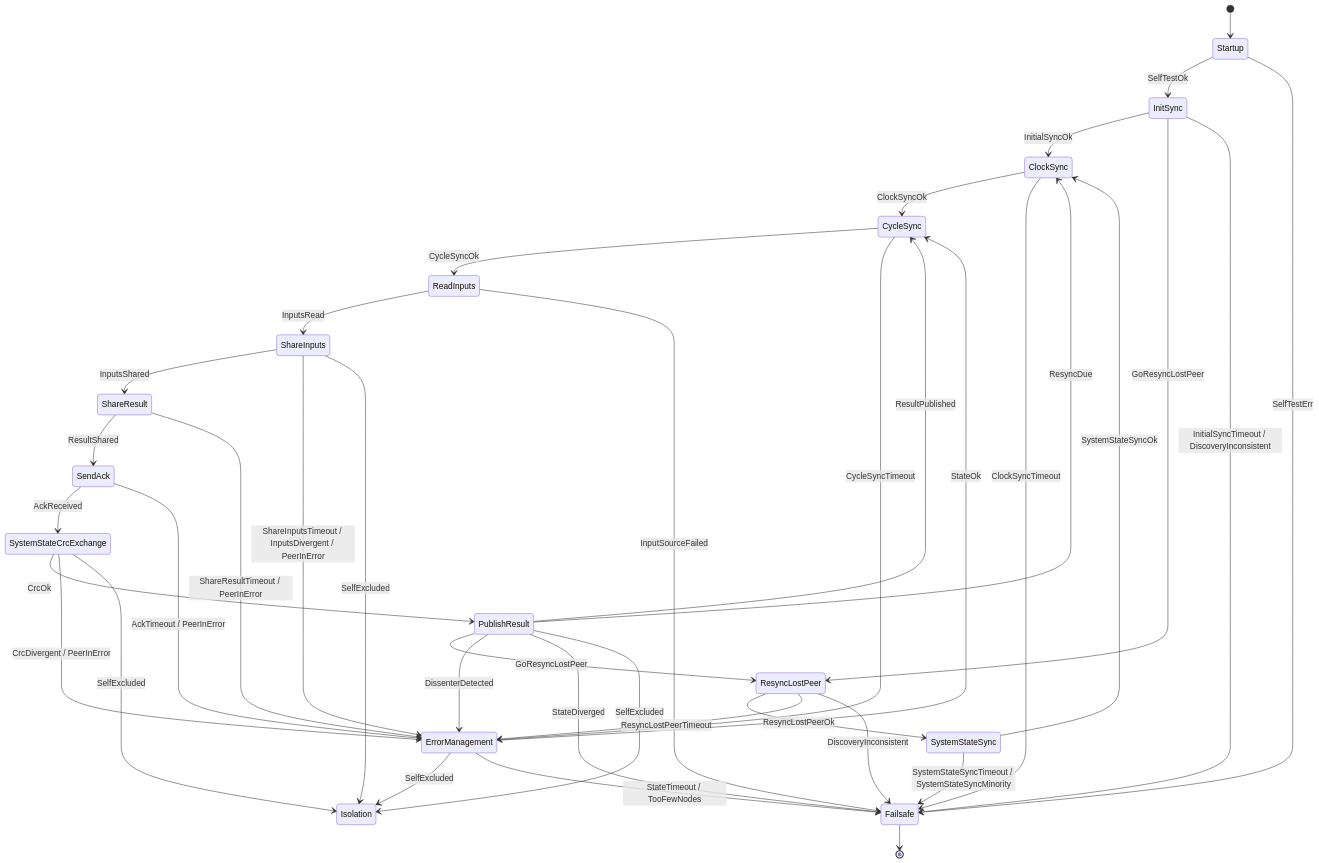
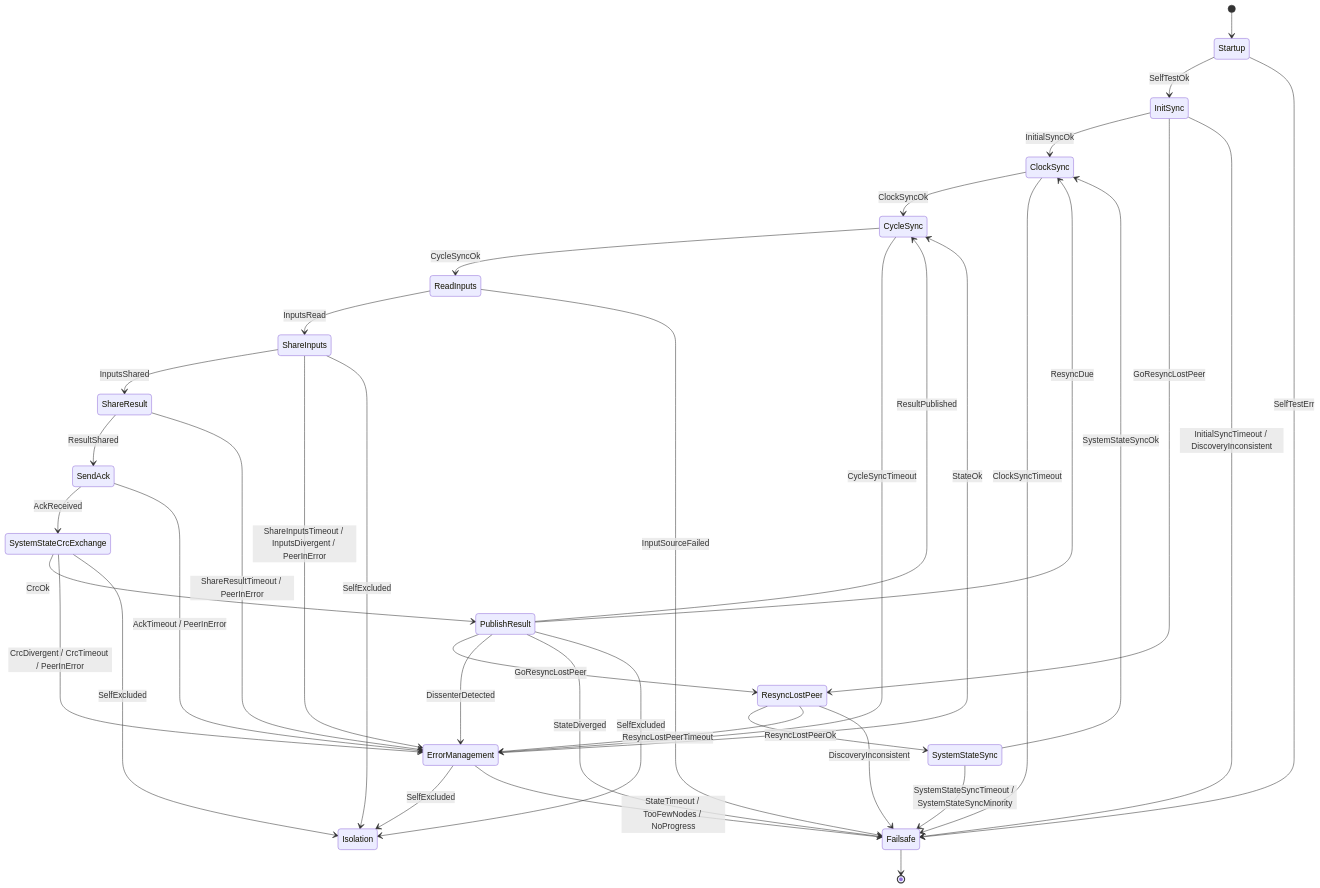
Before and after one commit to MooN-Framework/MooN-rust-framework: the diagram in README.md, drawn with Mermaid. The commit also changed other lines of this file and 7 other files, not shown here.

````diff
--- a/README.md
+++ b/README.md
@@ -89,53 +89,53 @@
 ```mermaid
 stateDiagram-v2
     [*] --> Startup
     Startup --> InitSync : SelfTestOk
     Startup --> Failsafe : SelfTestErr
 
     InitSync --> ClockSync : InitialSyncOk
     InitSync --> ResyncLostPeer : GoResyncLostPeer
     InitSync --> Failsafe : InitialSyncTimeout / DiscoveryInconsistent
 
     ClockSync --> CycleSync : ClockSyncOk
     ClockSync --> Failsafe : ClockSyncTimeout
 
     CycleSync --> ReadInputs : CycleSyncOk
     CycleSync --> ErrorManagement : CycleSyncTimeout
 
     ReadInputs --> ShareInputs : InputsRead
     ReadInputs --> Failsafe : InputSourceFailed
 
     ShareInputs --> ShareResult : InputsShared
     ShareInputs --> ErrorManagement : ShareInputsTimeout / InputsDivergent / PeerInError
     ShareInputs --> Isolation : SelfExcluded
 
     ShareResult --> SendAck : ResultShared
     ShareResult --> ErrorManagement : ShareResultTimeout / PeerInError
 
     SendAck --> SystemStateCrcExchange : AckReceived
     SendAck --> ErrorManagement : AckTimeout / PeerInError
 
     SystemStateCrcExchange --> PublishResult : CrcOk
-    SystemStateCrcExchange --> ErrorManagement : CrcDivergent / PeerInError
+    SystemStateCrcExchange --> ErrorManagement : CrcDivergent / CrcTimeout / PeerInError
     SystemStateCrcExchange --> Isolation : SelfExcluded
 
     PublishResult --> CycleSync : ResultPublished
     PublishResult --> ClockSync : ResyncDue
     PublishResult --> ResyncLostPeer : GoResyncLostPeer
     PublishResult --> ErrorManagement : DissenterDetected
     PublishResult --> Failsafe : StateDiverged
     PublishResult --> Isolation : SelfExcluded
 
     ResyncLostPeer --> SystemStateSync : ResyncLostPeerOk
     ResyncLostPeer --> ErrorManagement : ResyncLostPeerTimeout
     ResyncLostPeer --> Failsafe : DiscoveryInconsistent
 
     SystemStateSync --> ClockSync : SystemStateSyncOk
     SystemStateSync --> Failsafe : SystemStateSyncTimeout / SystemStateSyncMinority
 
     ErrorManagement --> CycleSync : StateOk
     ErrorManagement --> Isolation : SelfExcluded
-    ErrorManagement --> Failsafe : StateTimeout / TooFewNodes
+    ErrorManagement --> Failsafe : StateTimeout / TooFewNodes / NoProgress
 
     Failsafe --> [*]
 ```
````
